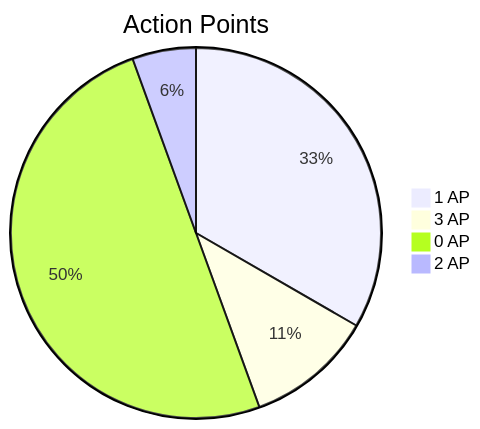
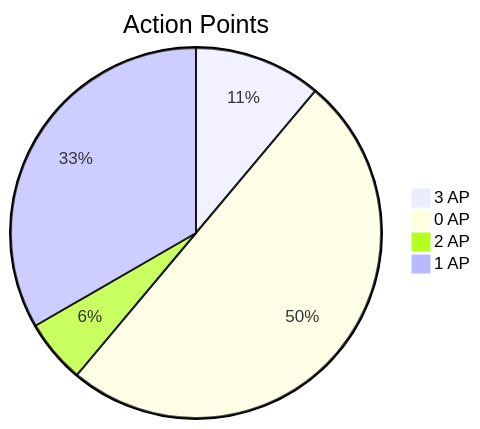
Before and after one commit to BigJk/end_of_eden: the first of 2 diagrams in docs/GAME_CONTENT_DOCS.md, drawn with Mermaid. The commit also changed other lines of this file and 1 other file, not shown here.

````diff
--- a/docs/GAME_CONTENT_DOCS.md
+++ b/docs/GAME_CONTENT_DOCS.md
@@ -61,8 +61,8 @@
 ```mermaid
 pie
 title Action Points
-"1 AP" : 6
 "3 AP" : 2
 "0 AP" : 9
 "2 AP" : 1
+"1 AP" : 6
 ```
````
